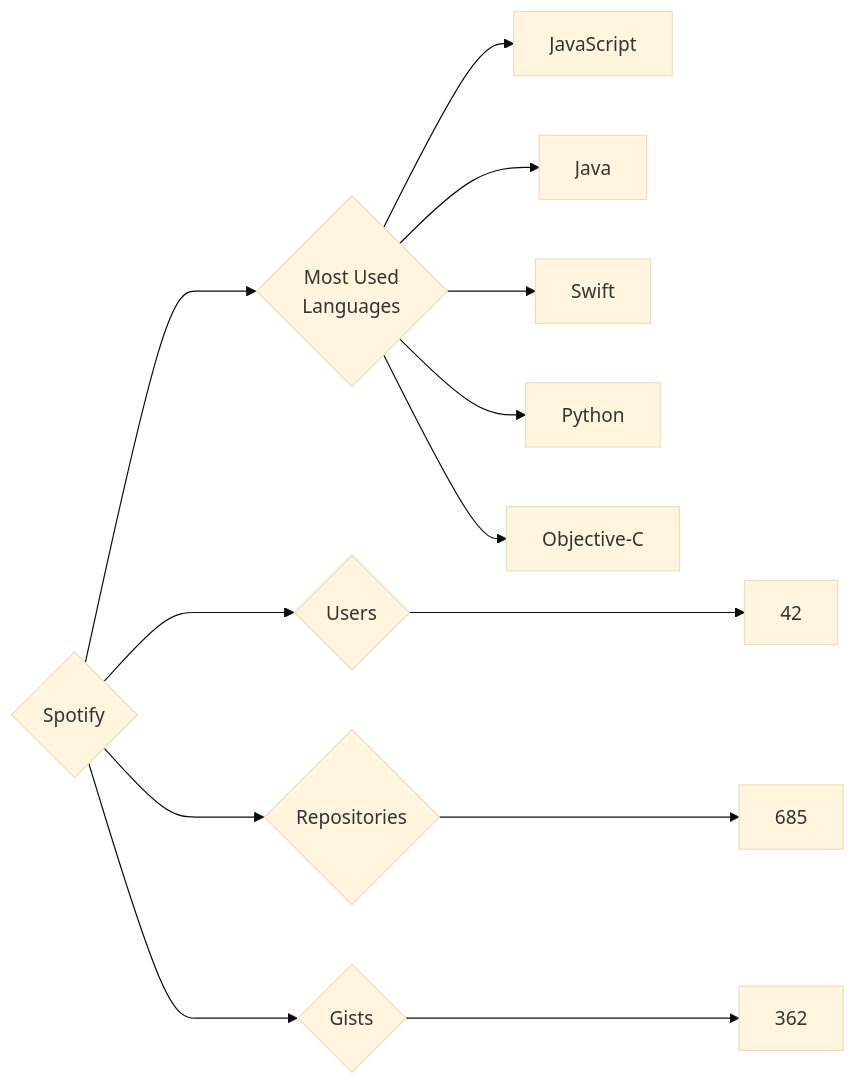
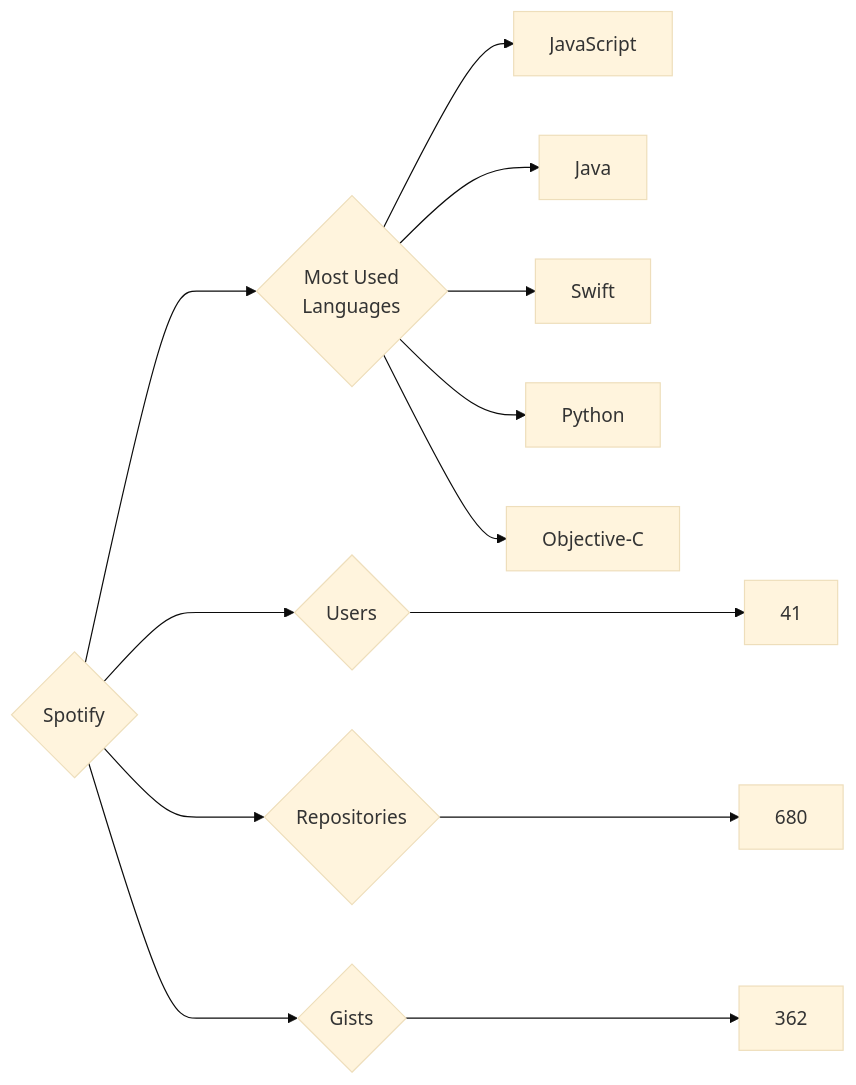
One commit to trickest/insiders changed the diagram in targets/Spotify/README.md. Above: the diagram before and after it, drawn with Mermaid (base theme). The commit also changed 860 other files, not shown here.

````diff
--- a/targets/Spotify/README.md
+++ b/targets/Spotify/README.md
@@ -3,13 +3,13 @@
 ```mermaid
 graph LR
 COMPANY_NAME{Spotify}
-COMPANY_NAME ---> U{Users} ---> UN[42]
-COMPANY_NAME ---> R{Repositories} ---> RN[685]
+COMPANY_NAME ---> U{Users} ---> UN[41]
+COMPANY_NAME ---> R{Repositories} ---> RN[680]
 COMPANY_NAME ---> G{Gists} ---> GN[362]
 COMPANY_NAME ---> ML{Most Used<br>Languages}
 ML --> JavaScript[JavaScript]
 ML --> Java[Java]
 ML --> Swift[Swift]
 ML --> Python[Python]
 ML --> Objective-C[Objective-C]
 ```
````
